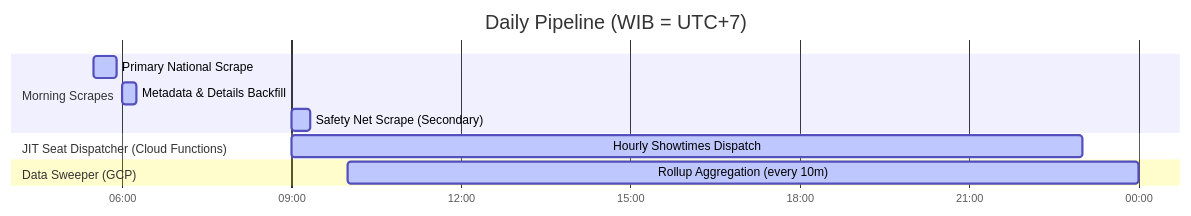
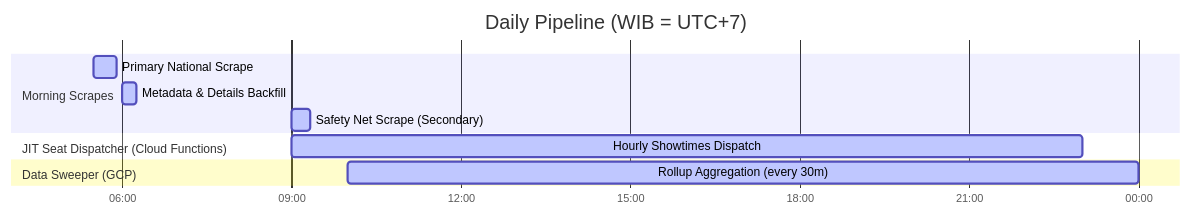
The first of 2 diagrams in docs/system/03_daily_pipeline.md (okihita/CineRadar), drawn with Mermaid before and after one commit. The commit also changed other lines of this file and 5 other files, not shown here.

````diff
--- a/docs/system/03_daily_pipeline.md
+++ b/docs/system/03_daily_pipeline.md
@@ -20,17 +20,17 @@
 ```mermaid
 gantt
     title Daily Pipeline (WIB = UTC+7)
     dateFormat HH:mm
     axisFormat %H:%M
 
     section Morning Scrapes
     Primary National Scrape      :active, 05:30, 25m
     Metadata & Details Backfill  :active, 06:00, 15m
     Safety Net Scrape (Secondary):active, 09:00, 20m
 
     section JIT Seat Dispatcher (Cloud Functions)
     Hourly Showtimes Dispatch    :active, 09:00, 14h
 
     section Data Sweeper (GCP)
-    Rollup Aggregation (every 10m):active, 10:00, 14h
+    Rollup Aggregation (every 30m):active, 10:00, 14h
 ```
````
